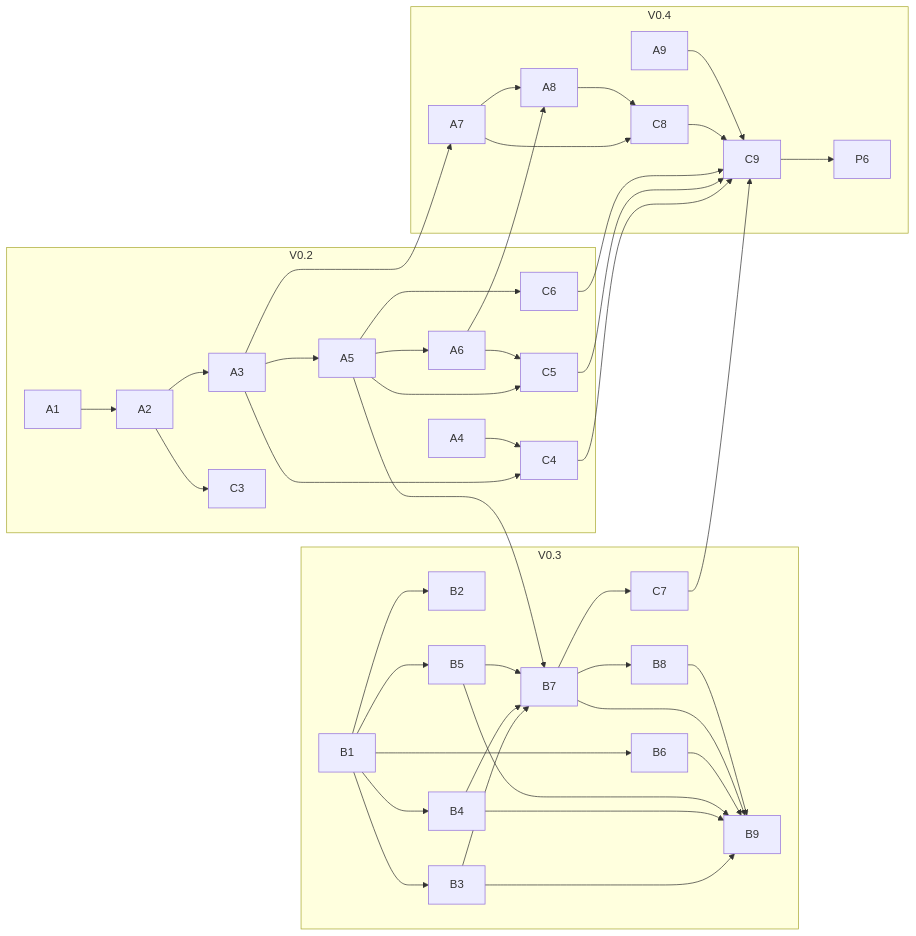
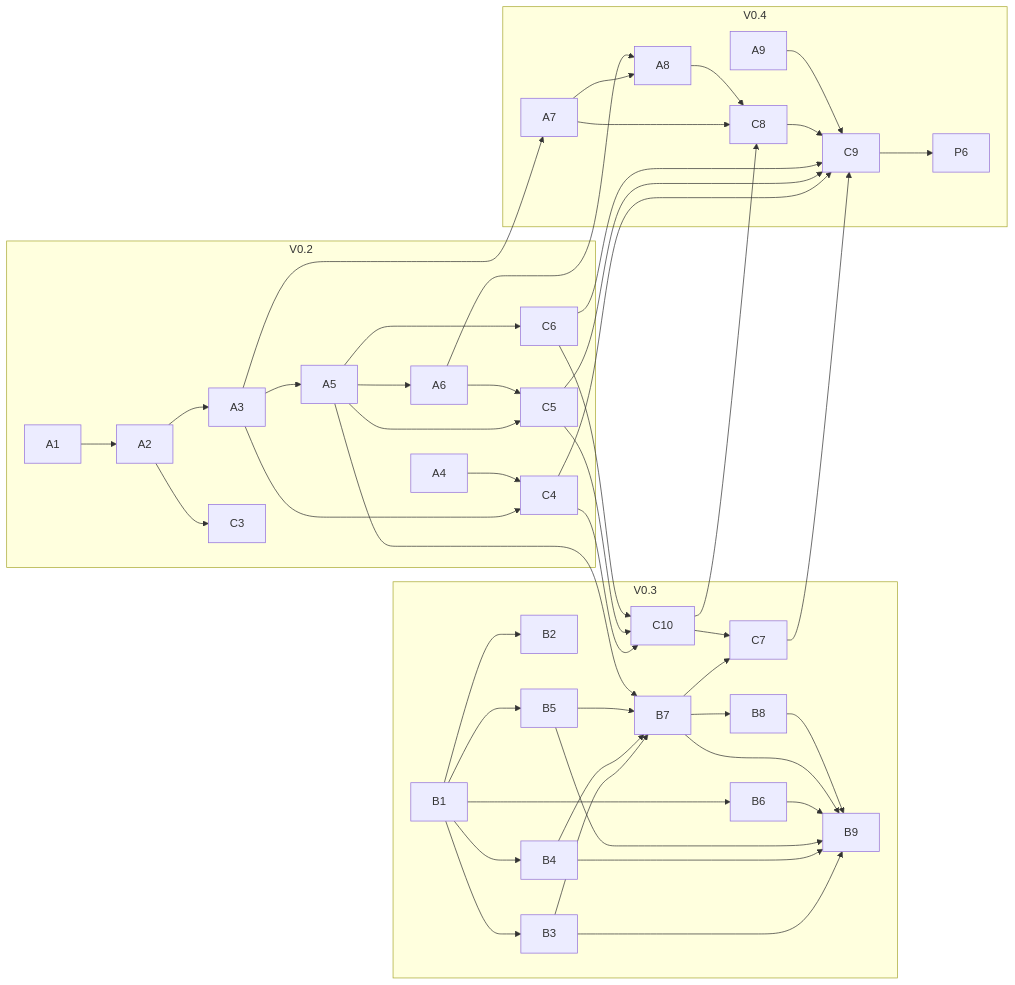
The diagram in plan/v0-tickets/README.md (nha-in/sandbox), drawn with Mermaid before and after one commit. The commit also changed other lines of this file and 31 other files, not shown here.

````diff
--- a/plan/v0-tickets/README.md
+++ b/plan/v0-tickets/README.md
@@ -105,29 +105,31 @@
 ```mermaid
 flowchart LR
     subgraph V0.2
         A1 --> A2 --> A3 --> A5 --> A6
         A4
         A3 --> C4
         A4 --> C4
         A5 --> C5
         A6 --> C5
         A5 --> C6
         A2 --> C3
     end
     subgraph V0.3
         B1 --> B2
         B1 --> B3 & B4 & B5 & B6
         B3 & B4 & B5 --> B7 --> B8
         A5 --> B7
         B3 & B4 & B5 & B6 & B7 & B8 --> B9
         B7 --> C7
+        C4 & C5 & C6 --> C10 --> C7
     end
     subgraph V0.4
         A3 --> A7 --> A8
         A6 --> A8
         A7 & A8 --> C8
+        C10 --> C8
         C4 & C5 & C6 & C7 & C8 --> C9
         A9 --> C9
         C9 --> P6
     end
 ```
````
